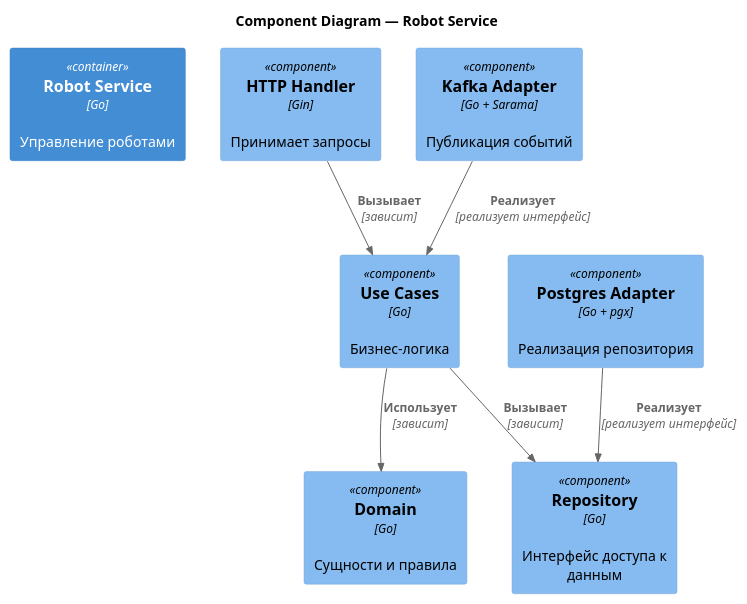
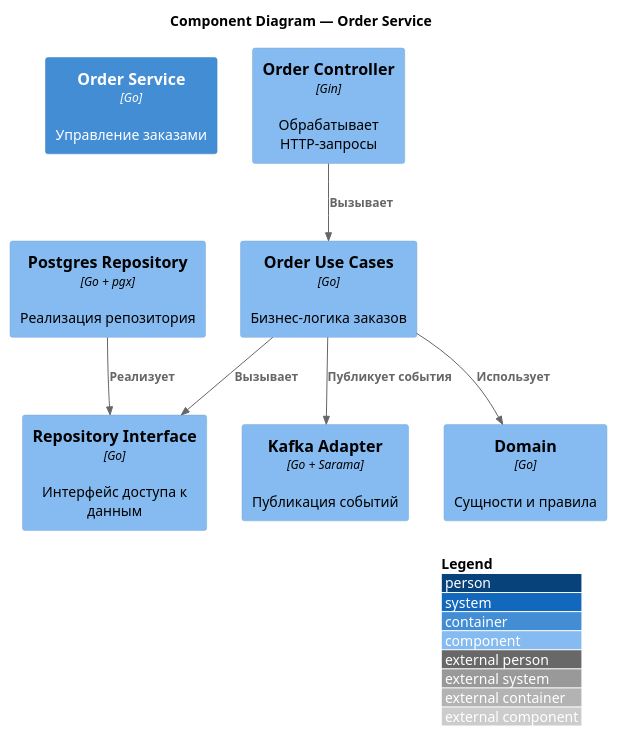
Before and after one commit to system-highload-architect/project-leadership: the diagram in docs/architecture/diagrams/c4/components.puml, drawn with PlantUML. The commit also changed 25 other files, not shown here.

```diff
--- a/docs/architecture/diagrams/c4/components.puml
+++ b/docs/architecture/diagrams/c4/components.puml
@@ -1,21 +1,21 @@
 @startuml
 !include https://raw.githubusercontent.com/plantuml-stdlib/C4-PlantUML/master/C4_Component.puml
 
-title Component Diagram — Robot Service
+LAYOUT_WITH_LEGEND()
+title Component Diagram — Order Service
 
-Container(robot_service, "Robot Service", "Go", "Управление роботами")
+Container(order_service, "Order Service", "Go", "Управление заказами")
 
-Component(handler, "HTTP Handler", "Gin", "Принимает запросы")
-Component(usecase, "Use Cases", "Go", "Бизнес-логика")
+Component(controller, "Order Controller", "Gin", "Обрабатывает HTTP-запросы")
+Component(usecase, "Order Use Cases", "Go", "Бизнес-логика заказов")
 Component(domain, "Domain", "Go", "Сущности и правила")
-Component(repo, "Repository", "Go", "Интерфейс доступа к данным")
-Component(postgres_adapter, "Postgres Adapter", "Go + pgx", "Реализация репозитория")
+Component(repo_interface, "Repository Interface", "Go", "Интерфейс доступа к данным")
+Component(repo_impl, "Postgres Repository", "Go + pgx", "Реализация репозитория")
 Component(kafka_adapter, "Kafka Adapter", "Go + Sarama", "Публикация событий")
 
-Rel(handler, usecase, "Вызывает", "зависит")
-Rel(usecase, domain, "Использует", "зависит")
-Rel(usecase, repo, "Вызывает", "зависит")
-Rel(postgres_adapter, repo, "Реализует", "реализует интерфейс")
-Rel(kafka_adapter, usecase, "Реализует", "реализует интерфейс")
-
+Rel(controller, usecase, "Вызывает")
+Rel(usecase, domain, "Использует")
+Rel(usecase, repo_interface, "Вызывает")
+Rel(repo_impl, repo_interface, "Реализует")
+Rel(usecase, kafka_adapter, "Публикует события")
 @enduml
```
